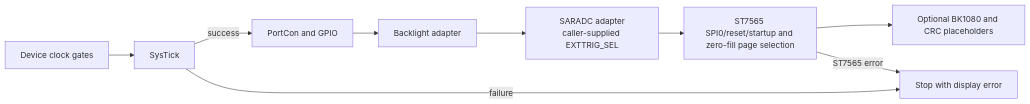
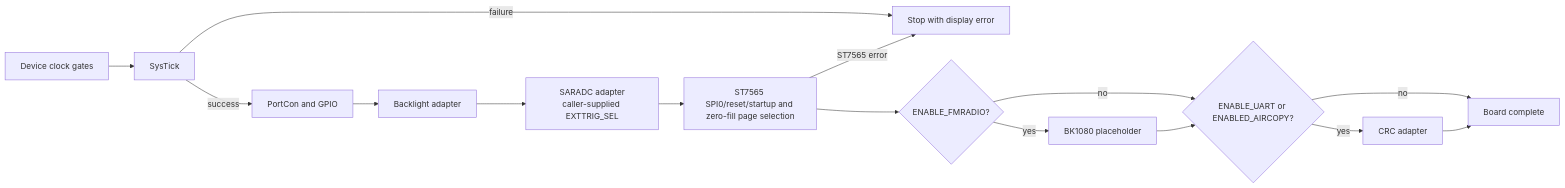
Before and after one commit to m0hdy/uv-k5-rust-firmware: the diagram in docs/board-startup-adapters.md, drawn with Mermaid. The commit also changed other lines of this file and 9 other files, not shown here.

First line of the commit message:
Execute conditional CRC initialization during board startup (#319)

````diff
--- a/docs/board-startup-adapters.md
+++ b/docs/board-startup-adapters.md
@@ -18,11 +21,17 @@
 ```mermaid
 flowchart LR
   Clocks["Device clock gates"] --> Tick["SysTick"]
   Tick -->|success| Pins["PortCon and GPIO"]
   Tick -->|failure| Stop["Stop with startup error"]
   Pins --> Light["Backlight adapter"]
   Light --> ADC["SARADC adapter\ncaller-supplied EXTTRIG_SEL"]
   ADC --> Display["ST7565 SPI0/reset/startup and zero-fill page selection"]
-  Display --> Optional["Optional BK1080 and CRC placeholders"]
+  Display --> FM{"ENABLE_FMRADIO?"}
+  FM -->|yes| BK["BK1080 placeholder"]
+  FM -->|no| CRC{"ENABLE_UART or ENABLED_AIRCOPY?"}
+  BK --> CRC
+  CRC -->|yes| Init["CRC adapter"]
+  CRC -->|no| Done["Board complete"]
+  Init --> Done
   Display -->|ST7565 error| Stop["Stop with display error"]
 ```
````
